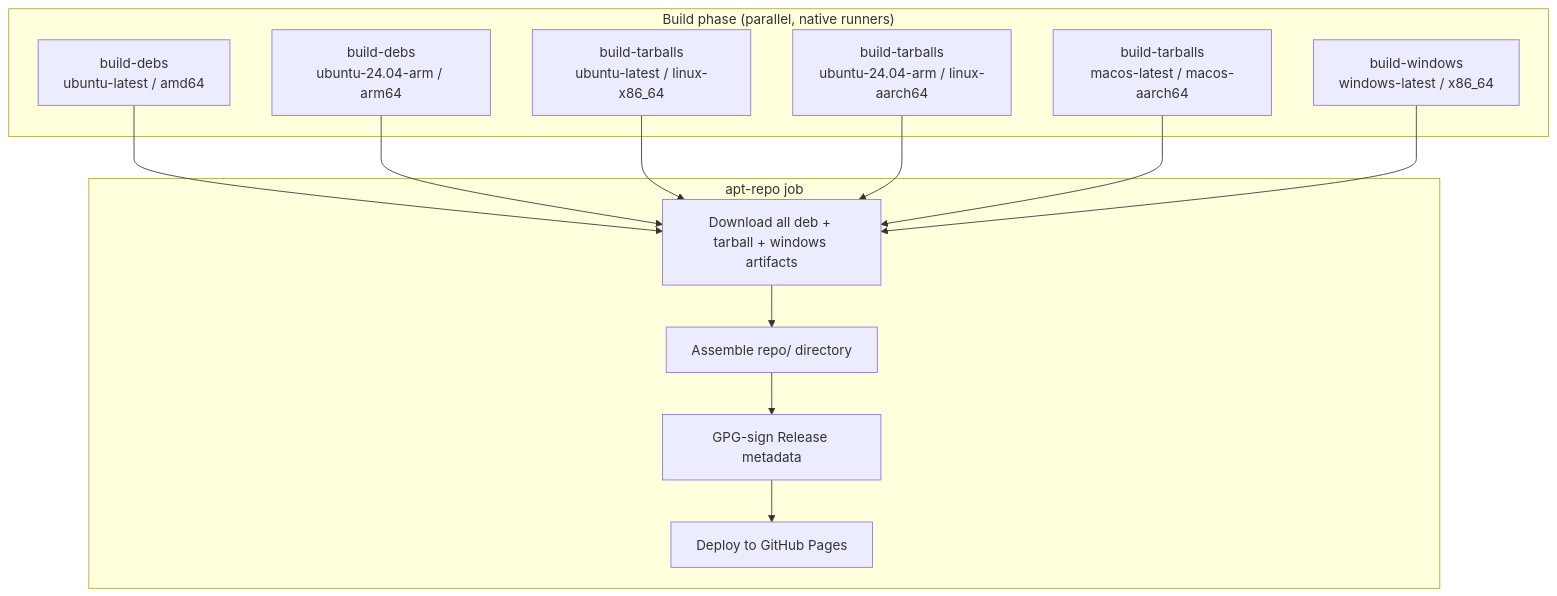
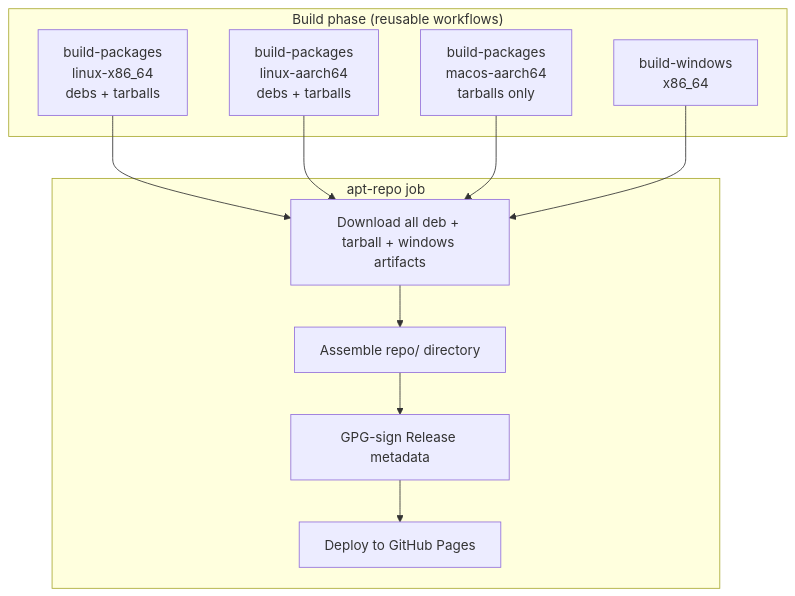
Before and after one commit to indent-com/blit: the first of 7 diagrams in SERVICES.md, drawn with Mermaid. The commit also changed other lines of this file and 101 other files, not shown here.

````diff
--- a/SERVICES.md
+++ b/SERVICES.md
@@ -128,26 +128,22 @@
 ```mermaid
 flowchart TD
-    subgraph "Build phase (parallel, native runners)"
-        BD_AMD[build-debs<br>ubuntu-latest / amd64]
-        BD_ARM[build-debs<br>ubuntu-24.04-arm / arm64]
-        BT_X86[build-tarballs<br>ubuntu-latest / linux-x86_64]
-        BT_ARM[build-tarballs<br>ubuntu-24.04-arm / linux-aarch64]
-        BT_MAC[build-tarballs<br>macos-latest / macos-aarch64]
-        BW[build-windows<br>windows-latest / x86_64]
+    subgraph "Build phase (reusable workflows)"
+        BP_X86[build-packages<br>linux-x86_64<br>debs + tarballs]
+        BP_ARM[build-packages<br>linux-aarch64<br>debs + tarballs]
+        BP_MAC[build-packages<br>macos-aarch64<br>tarballs only]
+        BW[build-windows<br>x86_64]
     end
 
     subgraph "apt-repo job"
         DL[Download all deb + tarball + windows artifacts]
         REPO[Assemble repo/ directory]
         SIGN[GPG-sign Release metadata]
         PAGES[Deploy to GitHub Pages]
         DL --> REPO --> SIGN --> PAGES
     end
 
-    BD_AMD --> DL
-    BD_ARM --> DL
-    BT_X86 --> DL
-    BT_ARM --> DL
-    BT_MAC --> DL
+    BP_X86 --> DL
+    BP_ARM --> DL
+    BP_MAC --> DL
     BW --> DL
 ```
````
